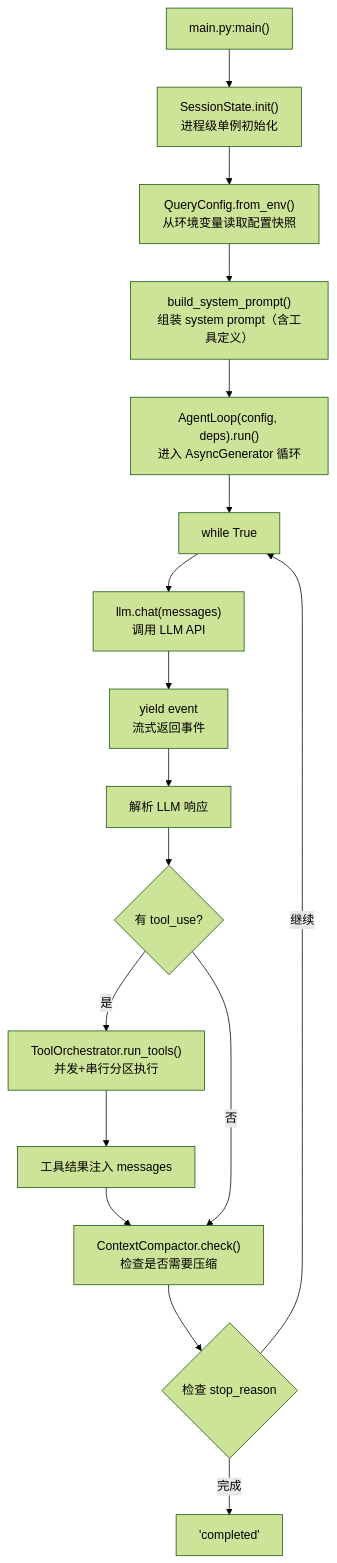
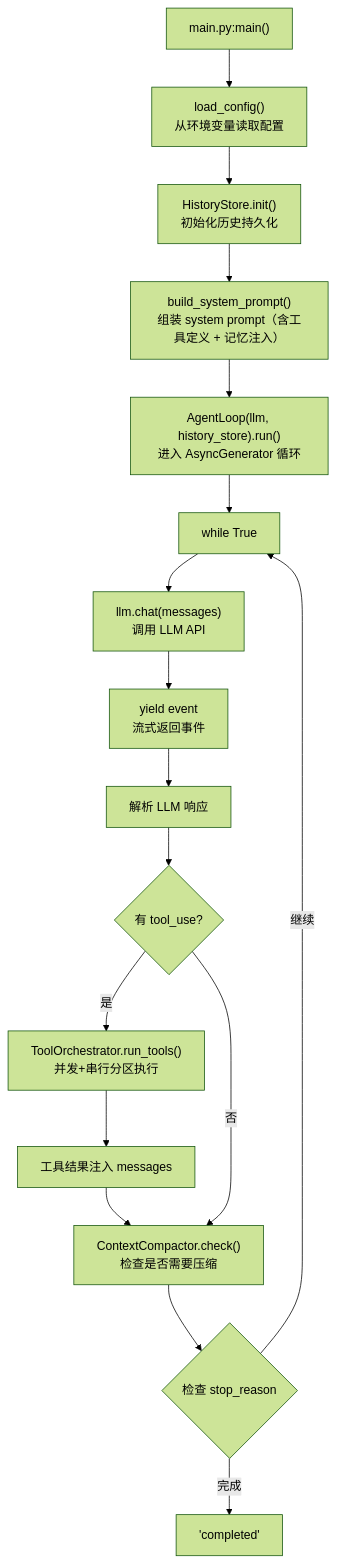
The first of 2 diagrams in README.md (WLBTXWD/mini_claude_code), drawn with Mermaid (forest theme) before and after one commit. The commit also changed other lines of this file and 3 other files, not shown here.

````diff
--- a/README.md
+++ b/README.md
@@ -119,19 +133,19 @@
 ```mermaid
 graph TD
-    A["main.py:main()"] --> B["SessionState.init()<br/>进程级单例初始化"]
-    B --> C["QueryConfig.from_env()<br/>从环境变量读取配置快照"]
-    C --> D["build_system_prompt()<br/>组装 system prompt（含工具定义）"]
-    D --> E["AgentLoop(config, deps).run()<br/>进入 AsyncGenerator 循环"]
+    A["main.py:main()"] --> B["load_config()<br/>从环境变量读取配置"]
+    B --> C["HistoryStore.init()<br/>初始化历史持久化"]
+    C --> D["build_system_prompt()<br/>组装 system prompt（含工具定义 + 记忆注入）"]
+    D --> E["AgentLoop(llm, history_store).run()<br/>进入 AsyncGenerator 循环"]
     E --> F["while True"]
     F --> G["llm.chat(messages)<br/>调用 LLM API"]
     G --> H["yield event<br/>流式返回事件"]
     H --> I["解析 LLM 响应"]
     I --> J{"有 tool_use?"}
     J -->|是| K["ToolOrchestrator.run_tools()<br/>并发+串行分区执行"]
     K --> L["工具结果注入 messages"]
     L --> M["ContextCompactor.check()<br/>检查是否需要压缩"]
     J -->|否| M
     M --> N{"检查 stop_reason"}
     N -->|继续| F
     N -->|完成| O["'completed'"]
 ```
````
